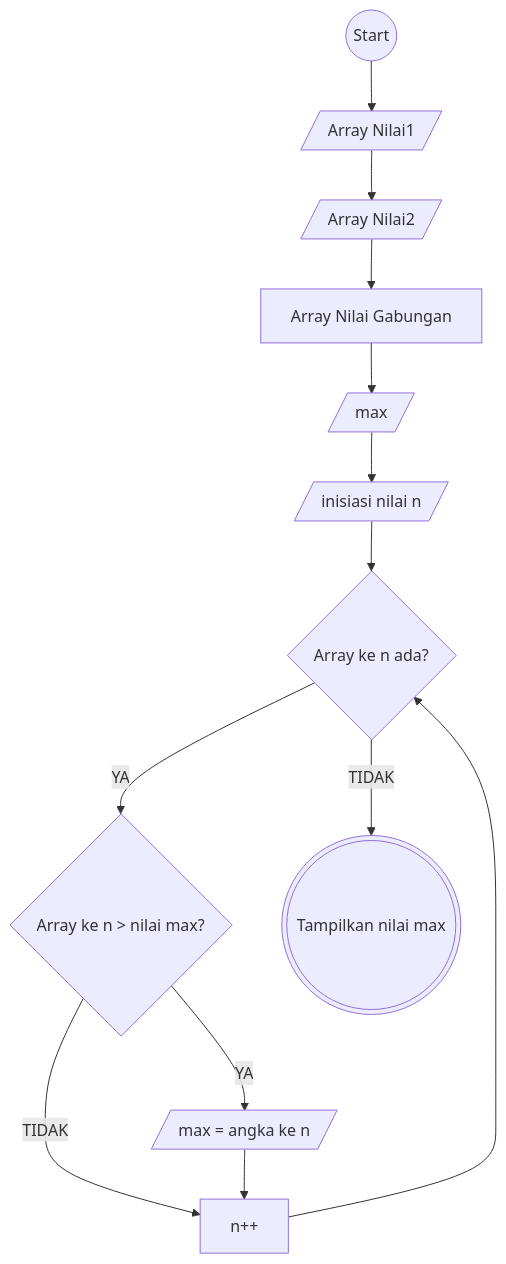
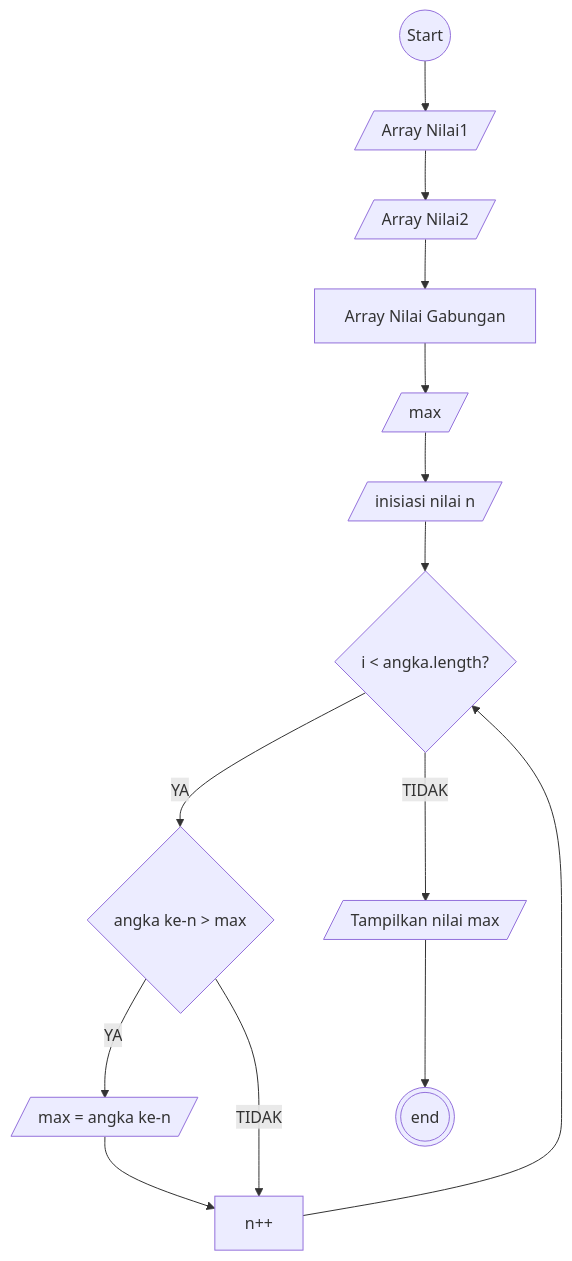
One commit to mfchrzlmzakky/koda-b1-javascript2 changed the first of 3 diagrams in koda-b1-javascript2-minitask1.md. Above: the diagram before and after it, drawn with Mermaid. The commit also changed other lines of this file and 1 other file, not shown here.

Commit message:
refactor: update array initialization and improve flowchart syntax in documentation

````diff
--- a/koda-b1-javascript2-minitask1.md
+++ b/koda-b1-javascript2-minitask1.md
@@ -2,24 +3,25 @@
 ```mermaid
 flowchart TB
 start((Start))
 input1[/Array Nilai1/]
 input11[/Array Nilai2/]
 input4[/max/]
 input7[/inisiasi nilai n/]
-input8[/max = angka ke n/]
+input8[/max = angka ke-n/]
 proses1[n++]
 proses12[Array Nilai Gabungan]
-check1{Array ke n ada?}
-check2{Array ke n > nilai max?}
-output1(((Tampilkan nilai max)))
+check1{i < angka.length?}
+check2{angka ke-n > max}
+output1[/Tampilkan nilai max/]
+selesai(((end)))
 start -->input1-->input11-->proses12
 proses12-->input4
 input4 --> input7
 input7 --> check1
 check1 -- YA --> check2
 check2 -- YA --> input8
 check2 -- TIDAK --> proses1
 input8 --> proses1
 proses1 --> check1
-check1 -- TIDAK --> output1
+check1 -- TIDAK --> output1 --> selesai
 ```
````
